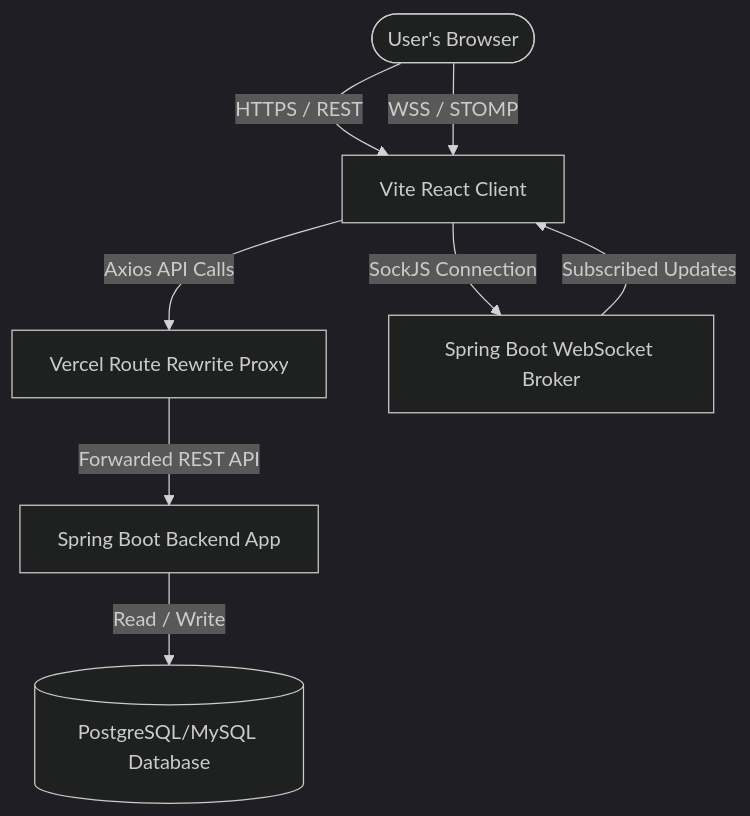
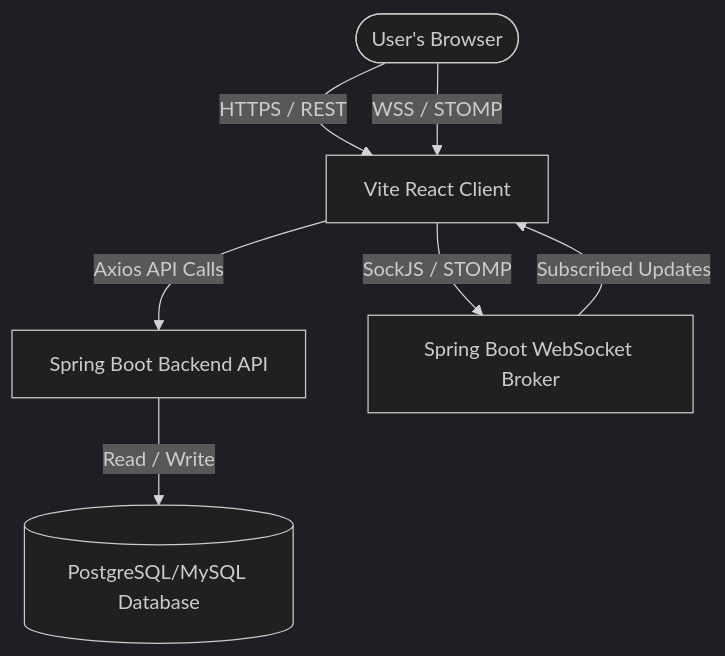
Before and after one commit to pradeepintuitive-source/boardgame-verse: the first of 3 diagrams in .memory/architecture.md, drawn with Mermaid (dark theme). The commit also changed other lines of this file and 10 other files, not shown here.

````diff
--- a/.memory/architecture.md
+++ b/.memory/architecture.md
@@ -6,10 +6,9 @@
 ```mermaid
 graph TD
     User([User's Browser]) -->|HTTPS / REST| SPA[Vite React Client]
     User -->|WSS / STOMP| SPA
-    SPA -->|Axios API Calls| Vercel[Vercel Route Rewrite Proxy]
-    SPA -->|SockJS Connection| WebSocketServer[Spring Boot WebSocket Broker]
-    Vercel -->|Forwarded REST API| SpringBoot[Spring Boot Backend App]
+    SPA -->|Axios API Calls| Backend[Spring Boot Backend API]
+    SPA -->|SockJS / STOMP| WebSocketServer[Spring Boot WebSocket Broker]
     WebSocketServer -->|Subscribed Updates| SPA
-    SpringBoot -->|Read / Write| Database[(PostgreSQL/MySQL Database)]
+    Backend -->|Read / Write| Database[(PostgreSQL/MySQL Database)]
 ```
````
